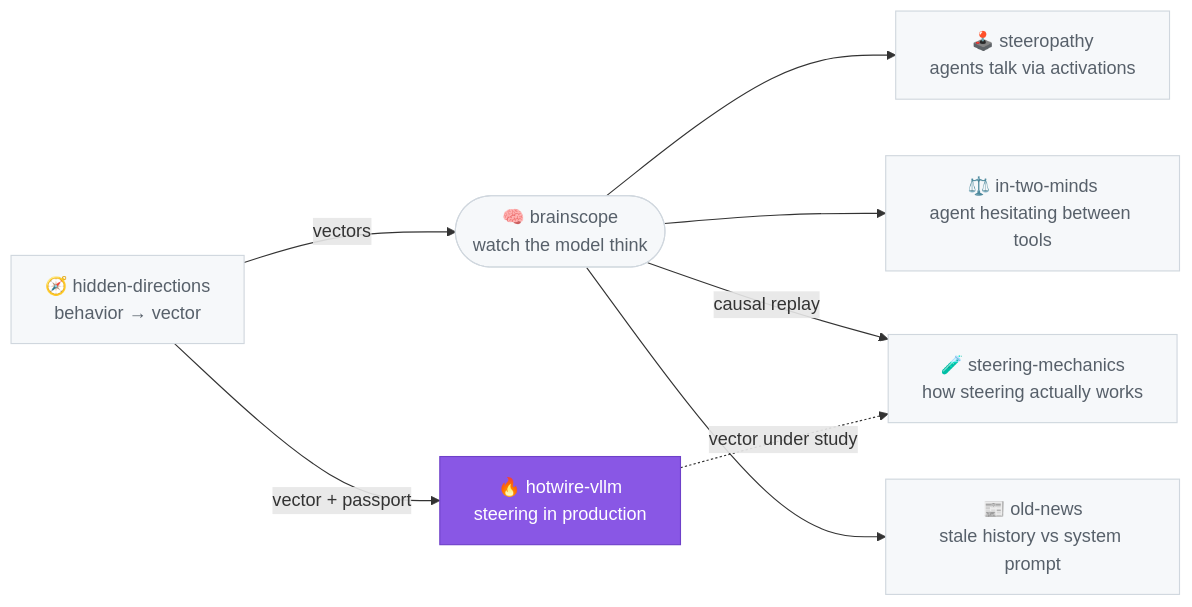
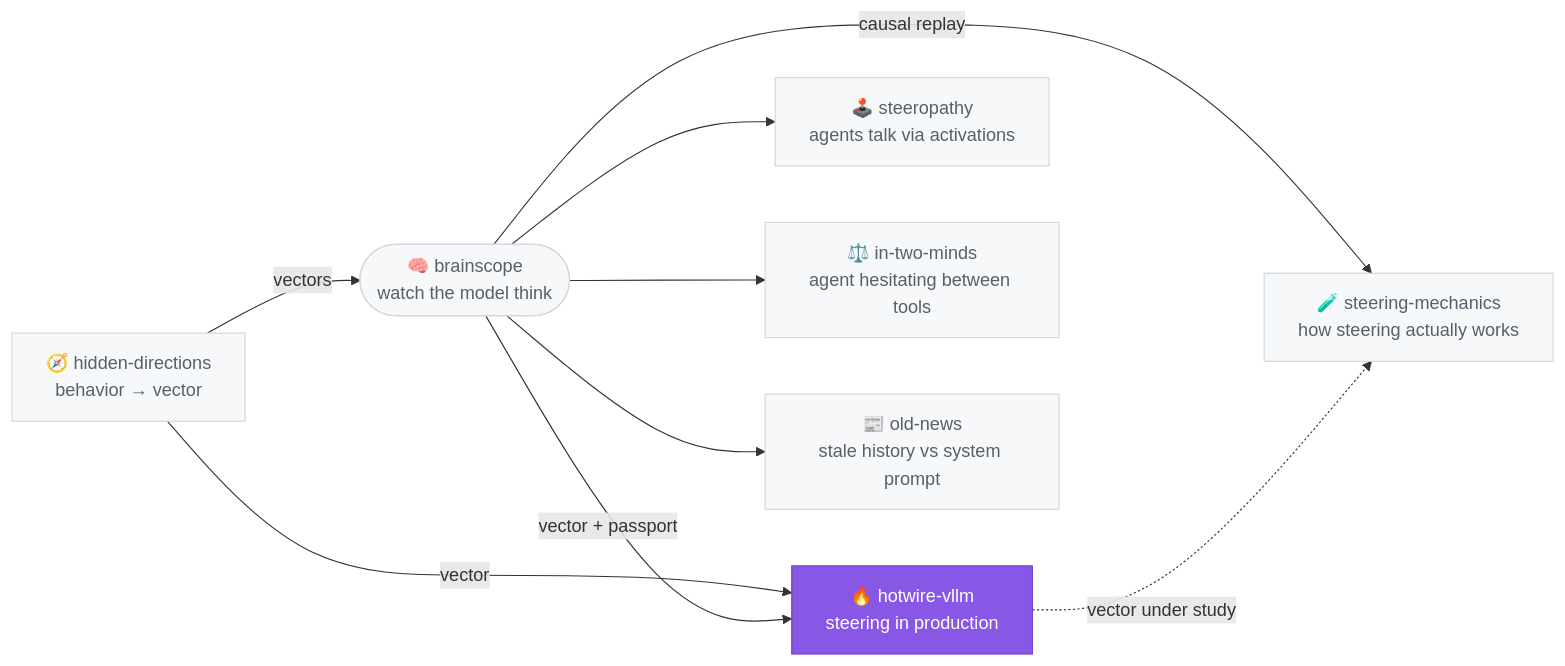
The diagram in README.md (moudrkat/hotwire-vllm), drawn with Mermaid before and after one commit. The commit also changed other lines of this file, not shown here.

Commit message:
README: verify path right after install, one install form, Numbers split into Limitations and Roadmap, passport edge from brainscope

````diff
--- a/README.md
+++ b/README.md
@@ -298,31 +306,32 @@
 ```mermaid
 flowchart LR
     hd["🧭 hidden-directions<br/>behavior → vector"]
     bs(["🧠 brainscope<br/>watch the model think"])
     hw["🔥 hotwire-vllm<br/>steering in production"]
     st["🕹️ steeropathy<br/>agents talk via activations"]
     tm["⚖️ in-two-minds<br/>agent hesitating between tools"]
     sm["🧪 steering-mechanics<br/>how steering actually works"]
     on["📰 old-news<br/>stale history vs system prompt"]
 
     hd -->|vectors| bs
-    hd -->|vector + passport| hw
+    hd -->|vector| hw
+    bs -->|vector + passport| hw
     bs --> st
     bs --> tm
     bs -->|causal replay| sm
     bs --> on
     hw -.->|vector under study| sm
 
     click hd "https://github.com/moudrkat/hidden-directions"
     click bs "https://github.com/moudrkat/brainscope"
     click hw "https://github.com/moudrkat/hotwire-vllm"
     click st "https://github.com/moudrkat/steeropathy"
     click tm "https://github.com/moudrkat/in-two-minds"
     click sm "https://github.com/moudrkat/steering-mechanics"
     click on "https://github.com/moudrkat/old-news"
 
     classDef dim fill:#f6f8fa,stroke:#d0d7de,color:#57606a;
     classDef here fill:#8957e5,stroke:#6e40c9,color:#ffffff;
     class hd,bs,hw,st,tm,sm,on dim;
     class hw here;
 ```
````
